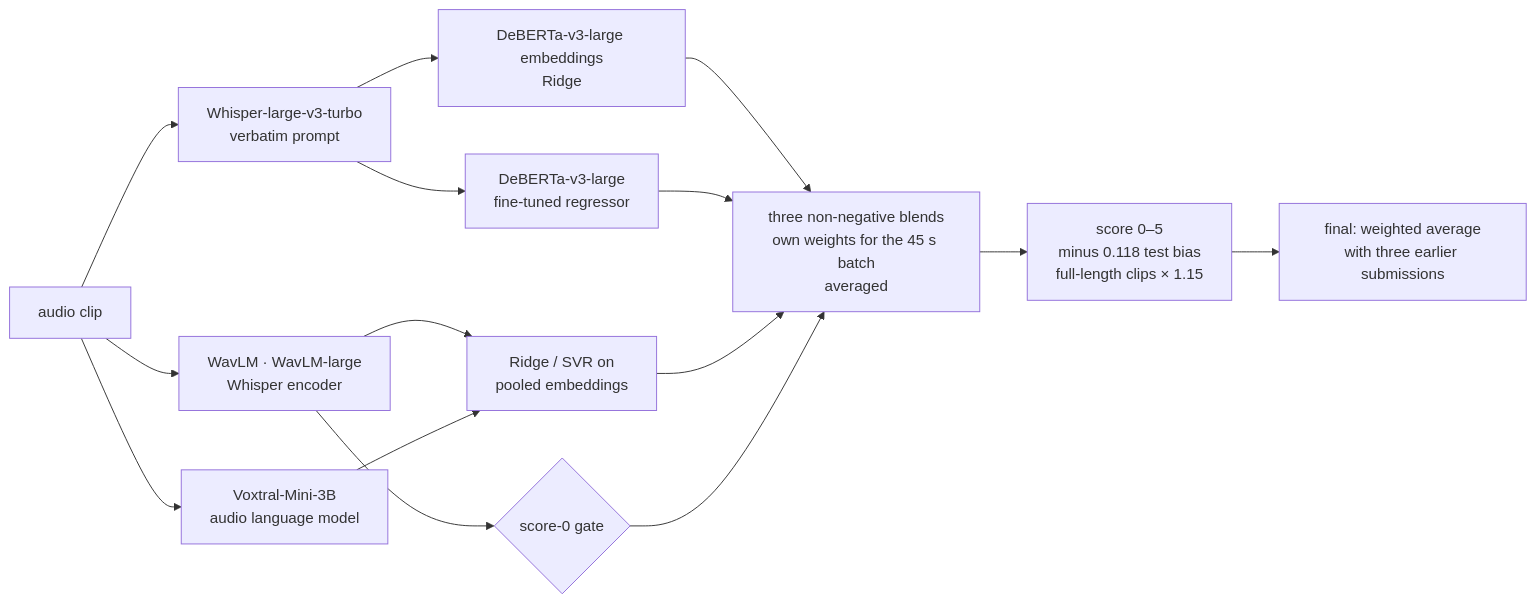
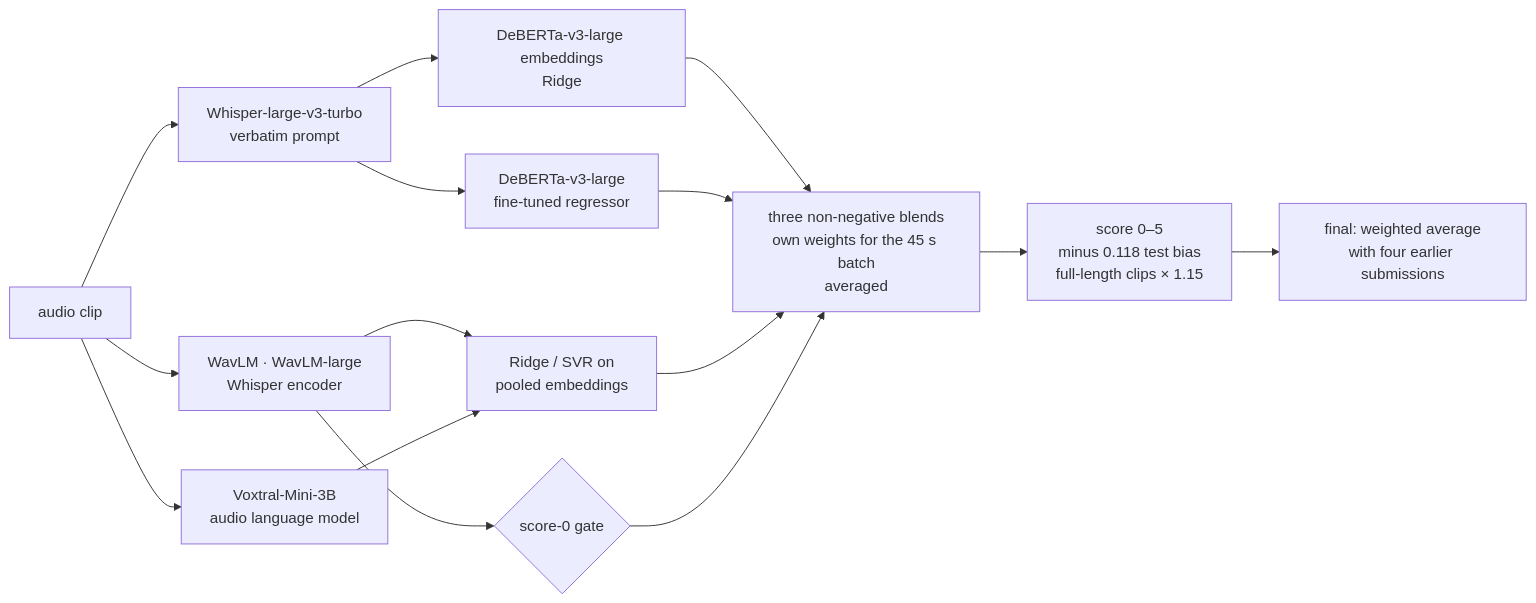
Before and after one commit to Techy-A/shl-grammar-scoring: the diagram in README.md, drawn with Mermaid. The commit also changed other lines of this file and 3 other files, not shown here.

Commit message:
Notebook, README and report reproduce the 0.3150 weighted average; run_job.sh no longer copies a job's results.csv over the local one

````diff
--- a/README.md
+++ b/README.md
@@ -24,15 +24,15 @@
 ```mermaid
 flowchart LR
     A[audio clip] --> W[Whisper-large-v3-turbo<br/>verbatim prompt]
     A --> E[WavLM · WavLM-large<br/>Whisper encoder]
     W --> T2[DeBERTa-v3-large embeddings<br/>Ridge]
     W --> FT[DeBERTa-v3-large<br/>fine-tuned regressor]
     A --> V[Voxtral-Mini-3B<br/>audio language model]
     E --> S[Ridge / SVR on<br/>pooled embeddings]
     V --> S
     E --> G{score-0 gate}
     T2 & FT & S --> B[three non-negative blends<br/>own weights for the 45 s batch<br/>averaged]
     G --> B
     B --> P[score 0–5<br/>minus 0.118 test bias<br/>full-length clips × 1.15]
-    P --> F[final: weighted average<br/>with three earlier submissions]
+    P --> F[final: weighted average<br/>with four earlier submissions]
 ```
````
